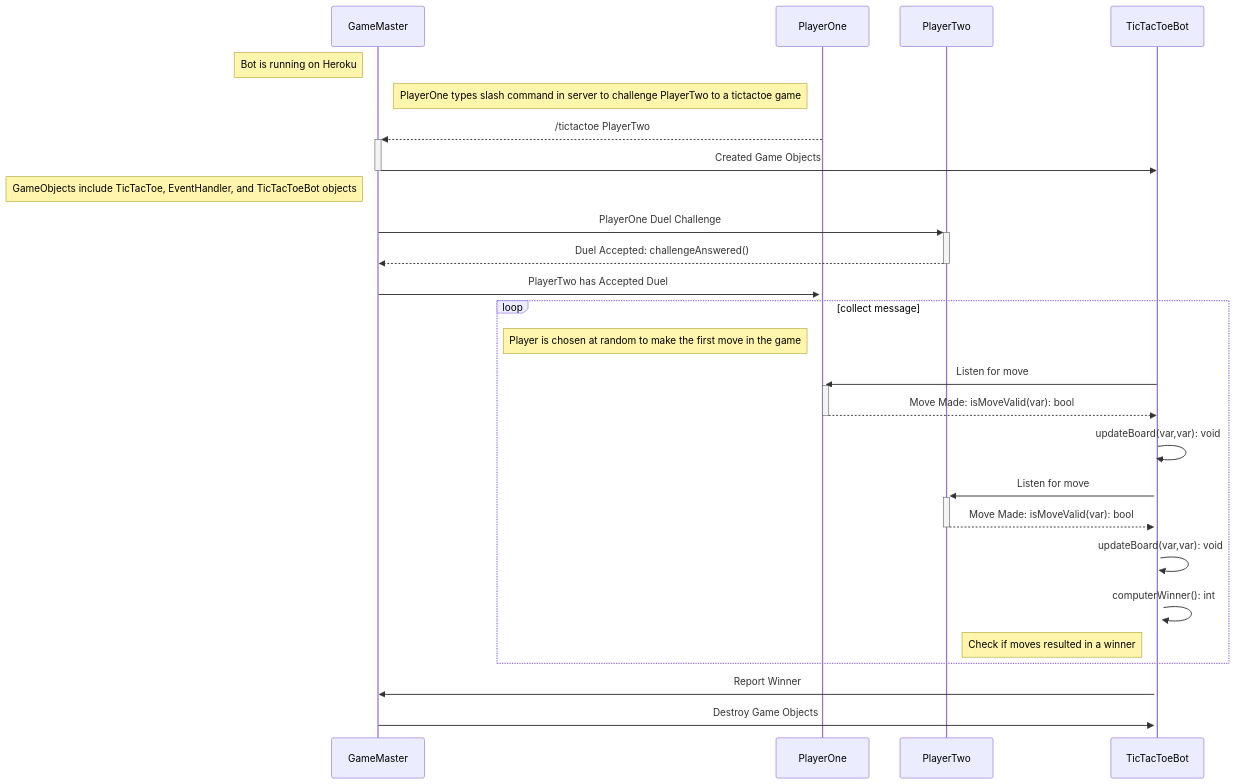
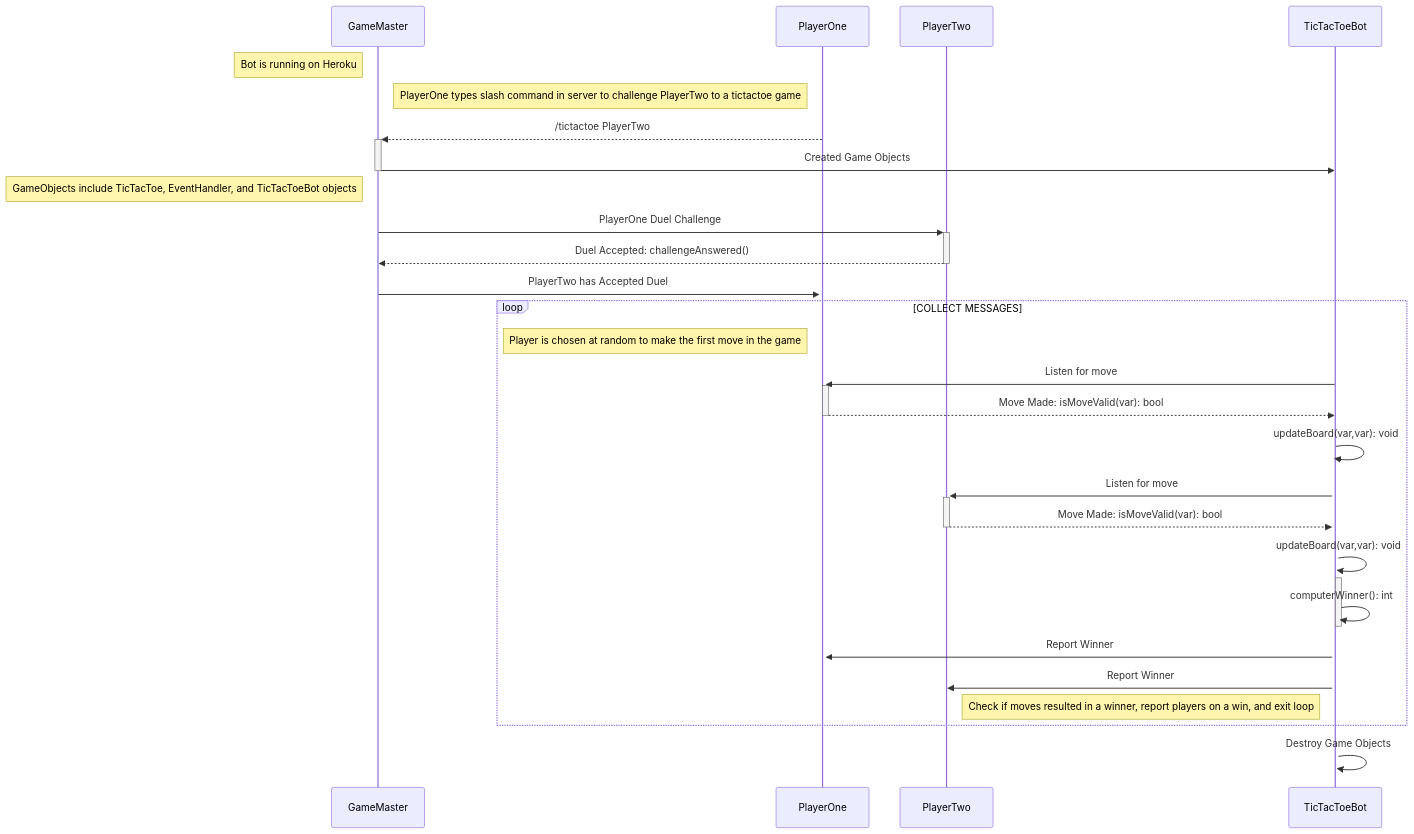
Before and after one commit to cis3296f22/GameMaster: the diagram in uml_Sequence_AcceptedDuel.md, drawn with Mermaid. The commit also changed other lines of this file, not shown here.

````diff
--- a/uml_Sequence_AcceptedDuel.md
+++ b/uml_Sequence_AcceptedDuel.md
@@ -2,30 +2,31 @@
 ```mermaid
 sequenceDiagram
   
     participant GameMaster as GameMaster
     participant PlayerOne as PlayerOne
     participant PlayerTwo as PlayerTwo
     participant TicTacToeBot as TicTacToeBot
     
     Note left of GameMaster: Bot is running on Heroku
     Note left of PlayerOne: PlayerOne types slash command in server to challenge PlayerTwo to a tictactoe game
     PlayerOne-->>+GameMaster: /tictactoe PlayerTwo
     GameMaster->>-TicTacToeBot: Created Game Objects
     Note left of GameMaster: GameObjects include TicTacToe, EventHandler, and TicTacToeBot objects
     GameMaster->>+PlayerTwo: PlayerOne Duel Challenge
     PlayerTwo-->>-GameMaster: Duel Accepted: challengeAnswered()
     GameMaster->>+PlayerOne: PlayerTwo has Accepted Duel
-    loop collect message
+    loop COLLECT MESSAGES
     Note left of PlayerOne: Player is chosen at random to make the first move in the game
     TicTacToeBot->>+PlayerOne: Listen for move
     PlayerOne-->>-TicTacToeBot: Move Made: isMoveValid(var): bool
     TicTacToeBot->>+TicTacToeBot: updateBoard(var,var): void
     TicTacToeBot->>+PlayerTwo: Listen for move
     PlayerTwo-->>-TicTacToeBot: Move Made: isMoveValid(var): bool
     TicTacToeBot->>+TicTacToeBot: updateBoard(var,var): void
-    TicTacToeBot->>+TicTacToeBot: computerWinner(): int
-    Note left of TicTacToeBot: Check if moves resulted in a winner
+    TicTacToeBot->>-TicTacToeBot: computerWinner(): int
+    TicTacToeBot->>PlayerOne: Report Winner
+    TicTacToeBot->>PlayerTwo: Report Winner
+    Note left of TicTacToeBot: Check if moves resulted in a winner, report players on a win, and exit loop
     end
-    TicTacToeBot->>GameMaster: Report Winner
-    GameMaster->>TicTacToeBot: Destroy Game Objects
+    TicTacToeBot->>TicTacToeBot: Destroy Game Objects
 ```
````
